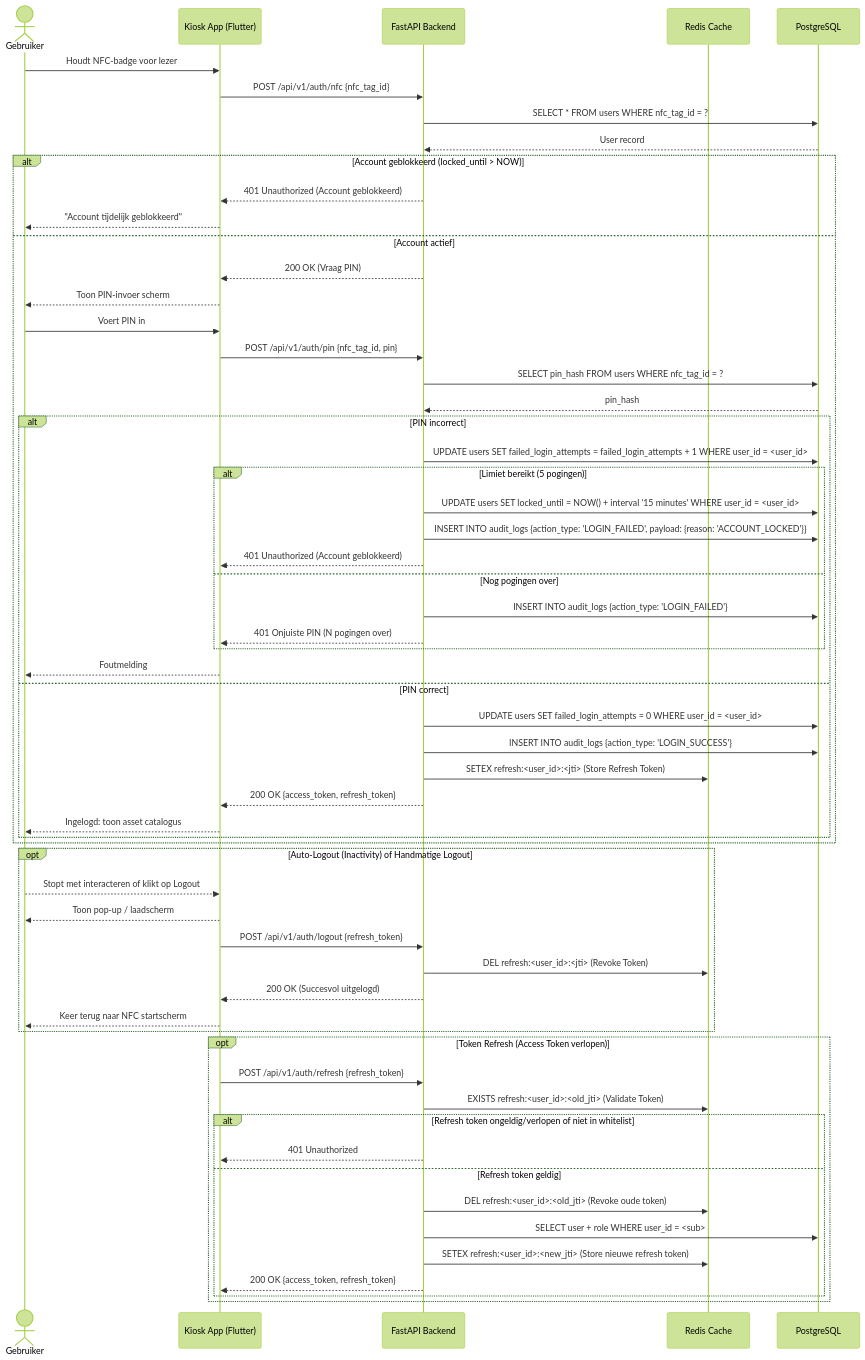
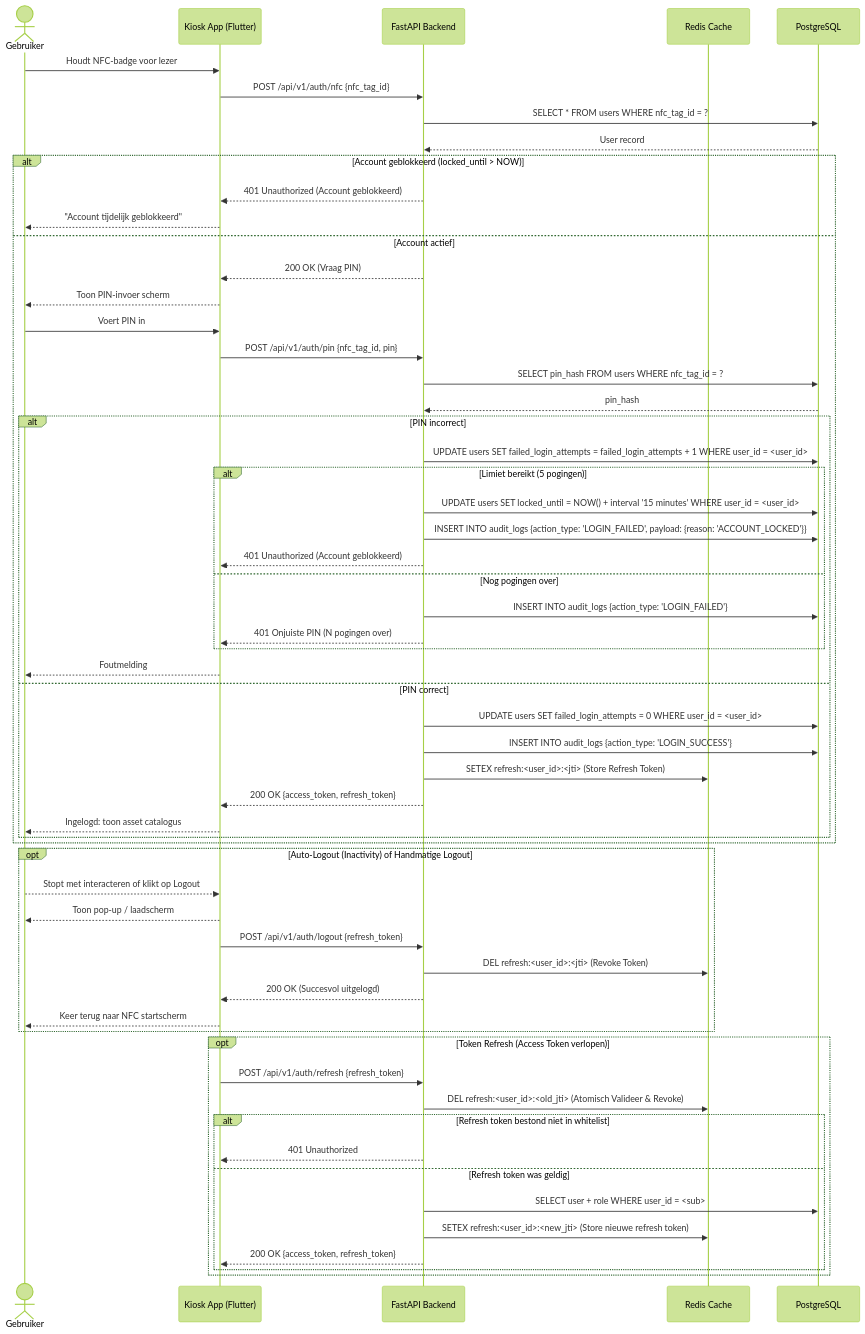
One commit to easylend-practice-enterprise/easylend changed the diagram in docs/diagrams/sequence_auth.mmd. Above: the diagram before and after it, drawn with Mermaid (forest theme). The commit also changed 1 other file, not shown here.

Commit message:
refactor(auth): rename response model and align refresh sequence diagram with atomic redis logic

```diff
--- a/docs/diagrams/sequence_auth.mmd
+++ b/docs/diagrams/sequence_auth.mmd
@@ -1,65 +1,64 @@
 sequenceDiagram
     actor User as Gebruiker
     participant App as Kiosk App (Flutter)
     participant API as FastAPI Backend
     participant Redis as Redis Cache
     participant DB as PostgreSQL
 
     User->>App: Houdt NFC-badge voor lezer
     App->>API: POST /api/v1/auth/nfc {nfc_tag_id}
     API->>DB: SELECT * FROM users WHERE nfc_tag_id = ?
     DB-->>API: User record
 
     alt Account geblokkeerd (locked_until > NOW)
         API-->>App: 401 Unauthorized (Account geblokkeerd)
         App-->>User: "Account tijdelijk geblokkeerd"
     else Account actief
         API-->>App: 200 OK (Vraag PIN)
         App-->>User: Toon PIN-invoer scherm
         User->>App: Voert PIN in
         App->>API: POST /api/v1/auth/pin {nfc_tag_id, pin}
         API->>DB: SELECT pin_hash FROM users WHERE nfc_tag_id = ?
         DB-->>API: pin_hash
 
         alt PIN incorrect
             API->>DB: UPDATE users SET failed_login_attempts = failed_login_attempts + 1 WHERE user_id = <user_id>
             alt Limiet bereikt (5 pogingen)
                 API->>DB: UPDATE users SET locked_until = NOW() + interval '15 minutes' WHERE user_id = <user_id>
                 API->>DB: INSERT INTO audit_logs {action_type: 'LOGIN_FAILED', payload: {reason: 'ACCOUNT_LOCKED'}}
                 API-->>App: 401 Unauthorized (Account geblokkeerd)
             else Nog pogingen over
                 API->>DB: INSERT INTO audit_logs {action_type: 'LOGIN_FAILED'}
                 API-->>App: 401 Onjuiste PIN (N pogingen over)
             end
             App-->>User: Foutmelding
         else PIN correct
             API->>DB: UPDATE users SET failed_login_attempts = 0 WHERE user_id = <user_id>
             API->>DB: INSERT INTO audit_logs {action_type: 'LOGIN_SUCCESS'}
             API->>Redis: SETEX refresh:<user_id>:<jti> (Store Refresh Token)
             API-->>App: 200 OK {access_token, refresh_token}
             App-->>User: Ingelogd: toon asset catalogus
         end
     end
 
     opt Auto-Logout (Inactivity) of Handmatige Logout
         User-->>App: Stopt met interacteren of klikt op Logout
         App-->>User: Toon pop-up / laadscherm
         App->>API: POST /api/v1/auth/logout {refresh_token}
         API->>Redis: DEL refresh:<user_id>:<jti> (Revoke Token)
         API-->>App: 200 OK (Succesvol uitgelogd)
         App-->>User: Keer terug naar NFC startscherm
     end
 
     opt Token Refresh (Access Token verlopen)
         App->>API: POST /api/v1/auth/refresh {refresh_token}
-        API->>Redis: EXISTS refresh:<user_id>:<old_jti> (Validate Token)
+        API->>Redis: DEL refresh:<user_id>:<old_jti> (Atomisch Valideer & Revoke)
 
-        alt Refresh token ongeldig/verlopen of niet in whitelist
+        alt Refresh token bestond niet in whitelist
             API-->>App: 401 Unauthorized
-        else Refresh token geldig
-            API->>Redis: DEL refresh:<user_id>:<old_jti> (Revoke oude token)
+        else Refresh token was geldig
             API->>DB: SELECT user + role WHERE user_id = <sub>
             API->>Redis: SETEX refresh:<user_id>:<new_jti> (Store nieuwe refresh token)
             API-->>App: 200 OK {access_token, refresh_token}
         end
     end
```
